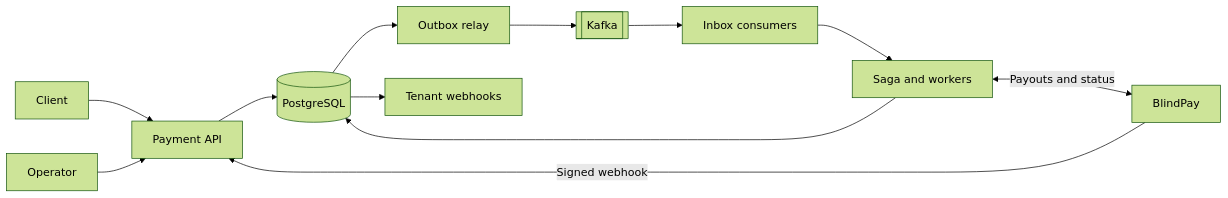
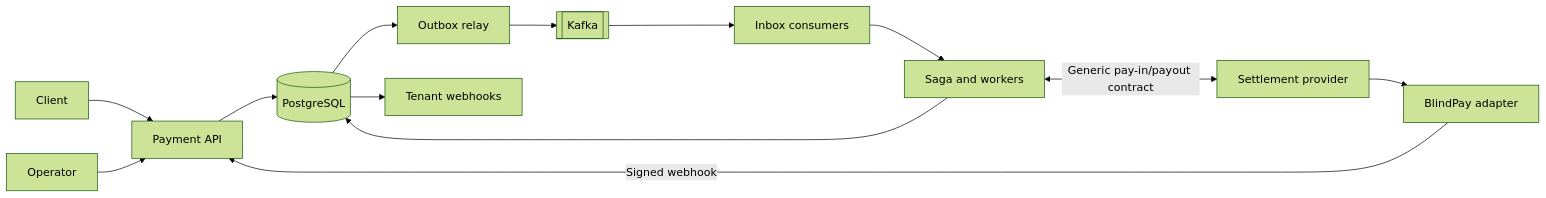
The first of 3 diagrams in README.md (lancechuangdev/StableRail), drawn with Mermaid (forest theme) before and after one commit. The commit also changed other lines of this file and 30 other files, not shown here.

````diff
--- a/README.md
+++ b/README.md
@@ -20,14 +20,15 @@
 ```mermaid
 flowchart LR
     Client[Client] --> API[Payment API]
     Operator[Operator] --> API
     API --> DB[(PostgreSQL)]
     DB --> Relay[Outbox relay]
     Relay --> Kafka[[Kafka]]
     Kafka --> Consumers[Inbox consumers]
     Consumers --> Saga[Saga and workers]
     Saga --> DB
-    Saga <-->|Payouts and status| BlindPay[BlindPay]
+    Saga <-->|Generic pay-in/payout contract| Provider[Settlement provider]
+    Provider --> BlindPay[BlindPay adapter]
     BlindPay -->|Signed webhook| API
     DB --> Webhooks[Tenant webhooks]
 ```
````
